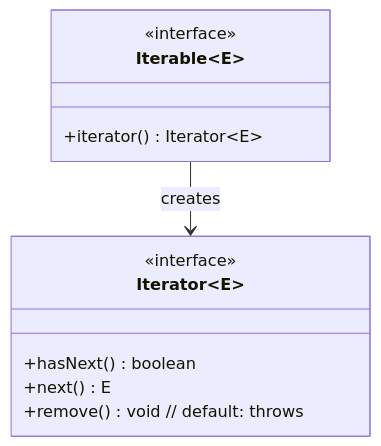
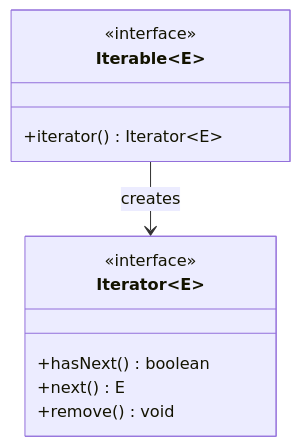
The diagram in content/learn/java-collections-and-generics-deep-dive/iterables-and-iterators.mdx (dataslope/dataslope), drawn with Mermaid before and after one commit. The commit also changed 2 other files, not shown here.

Commit message:
Fix remaining mermaid syntax errors across java-collections course
- index.mdx: wrap flowchart labels in double quotes, remove bare single
  quotes and parentheses inside labels, replace bare & with 'and'
- iterables-and-iterators.mdx: remove inline // comment from classDiagram
  method — not valid class member syntax in Mermaid 11
- the-collections-framework.mdx: remove '(no duplicates)' from Set class
  body — not valid class member syntax, causing a parse error

````diff
--- a/content/learn/java-collections-and-generics-deep-dive/iterables-and-iterators.mdx
+++ b/content/learn/java-collections-and-generics-deep-dive/iterables-and-iterators.mdx
@@ -15,14 +15,14 @@
 ```mermaid
 classDiagram
     class Iterable~E~ {
       <<interface>>
       +iterator() Iterator~E~
     }
     class Iterator~E~ {
       <<interface>>
       +hasNext() boolean
       +next() E
-      +remove() void  // default: throws
+      +remove() void
     }
     Iterable --> Iterator : creates
 ```
````
